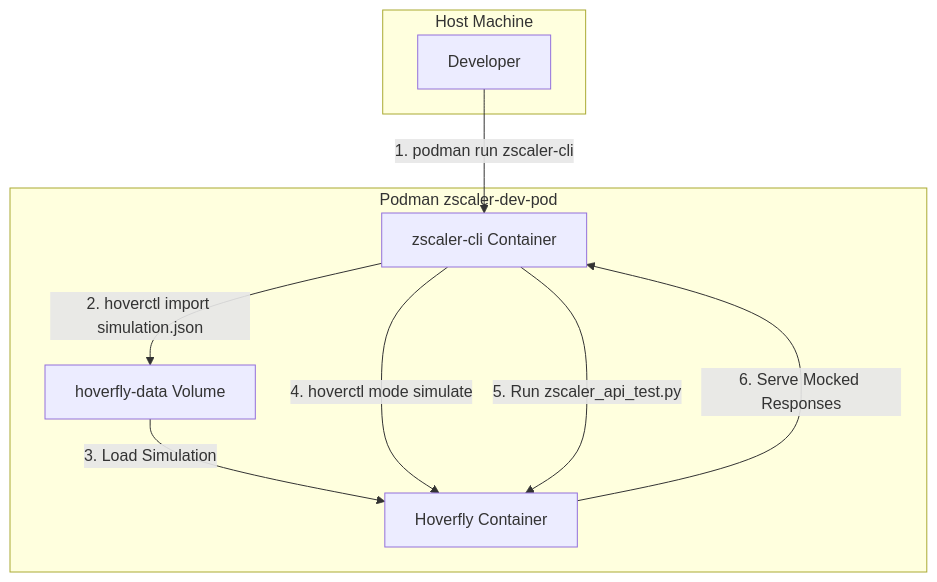
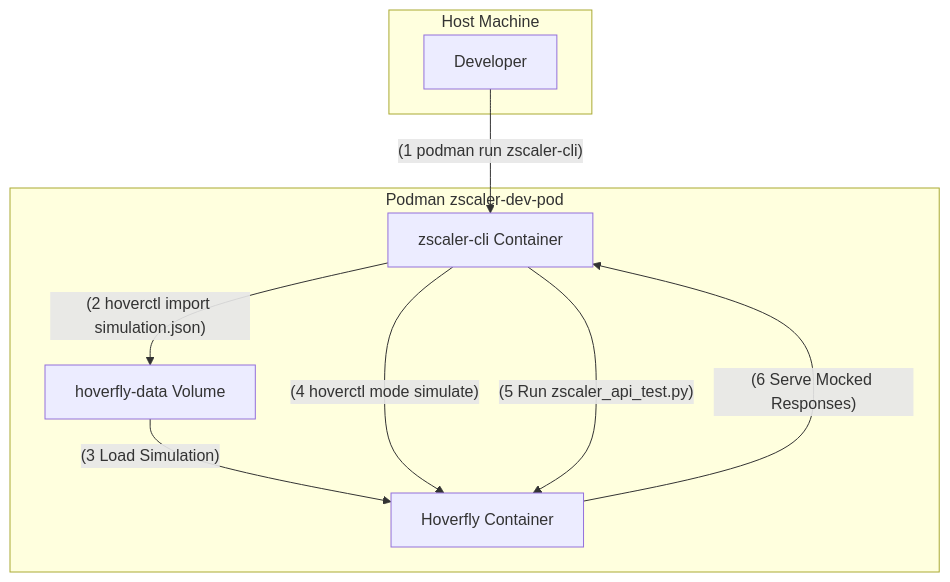
Before and after one commit to monch1962/zscaler-dev-env: the third of 3 diagrams in README.md, drawn with Mermaid. The commit also changed other lines of this file, not shown here.

````diff
--- a/README.md
+++ b/README.md
@@ -250,19 +250,19 @@
 ```mermaid
 graph TD
     subgraph Host Machine
         A[Developer]
     end
 
     subgraph Podman zscaler-dev-pod
         B[zscaler-cli Container]
         C[Hoverfly Container]
         D[hoverfly-data Volume]
     end
 
-    A -- "1. podman run zscaler-cli" --> B
-    B -- "2. hoverctl import simulation.json" --> D
-    D -- "3. Load Simulation" --> C
-    B -- "4. hoverctl mode simulate" --> C
-    B -- "5. Run zscaler_api_test.py" --> C
-    C -- "6. Serve Mocked Responses" --> B
+    A -- (1 podman run zscaler-cli) --> B
+    B -- (2 hoverctl import simulation.json) --> D
+    D -- (3 Load Simulation) --> C
+    B -- (4 hoverctl mode simulate) --> C
+    B -- (5 Run zscaler_api_test.py) --> C
+    C -- (6 Serve Mocked Responses) --> B
 ```
````
